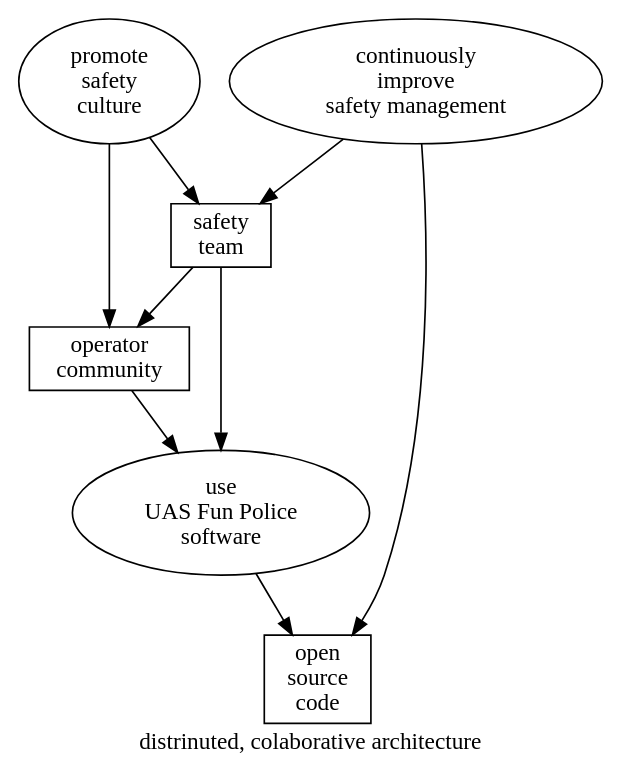
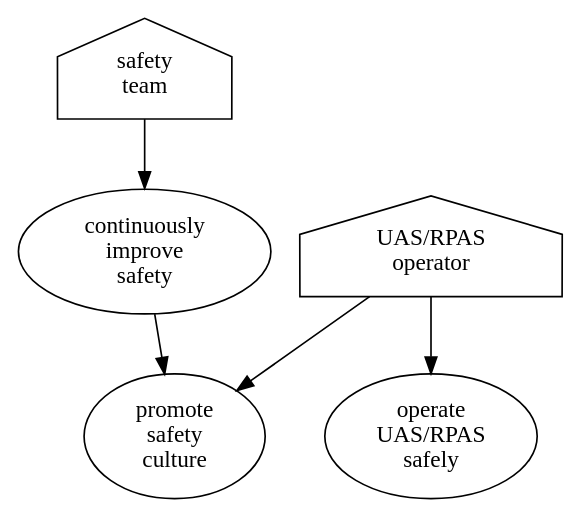
One commit to monkeypants/UASFunPolice changed the first of 2 diagrams in tmp/design.rst. Above: the diagram before and after it, drawn with Graphviz. The commit also changed other lines of this file, not shown here.

```diff
--- a/tmp/design.rst
+++ b/tmp/design.rst
@@ -4,24 +10,13 @@
 .. graphviz::
 
    digraph d {
-      label="distrinuted, colaborative architecture";
-
-      node [shape=ellipse];
-      promote [label="promote\nsafety\nculture"];
-      enhance [label="continuously\nimprove\nsafety management"];
-      use [label="use\nUAS Fun Police\nsoftware"];
-
-      node [shape=rectangle];
-      opcom [label="operator\ncommunity"];
-      hub [label="safety\nteam"];
-      src [label="open\nsource\ncode"];
-
-      promote -> opcom;
-      promote -> hub;
-      enhance -> src;
-      enhance -> hub;
-      hub -> opcom;
-      hub -> use;
-      opcom -> use;
-      use -> src;
+      promote [label="promote\nsafety\nculture" shape=ellipse];
+      opcom [label="UAS/RPAS\noperator" shape=house];
+      operate [label="operate\nUAS/RPAS\nsafely"];
+      opcom -> operate;
+      hub [label="safety\nteam" shape=house];
+      ci [label="continuously\nimprove\nsafety" shape=ellipse];
+      hub -> ci;
+      ci -> promote;
+      opcom -> promote;
    }
```
